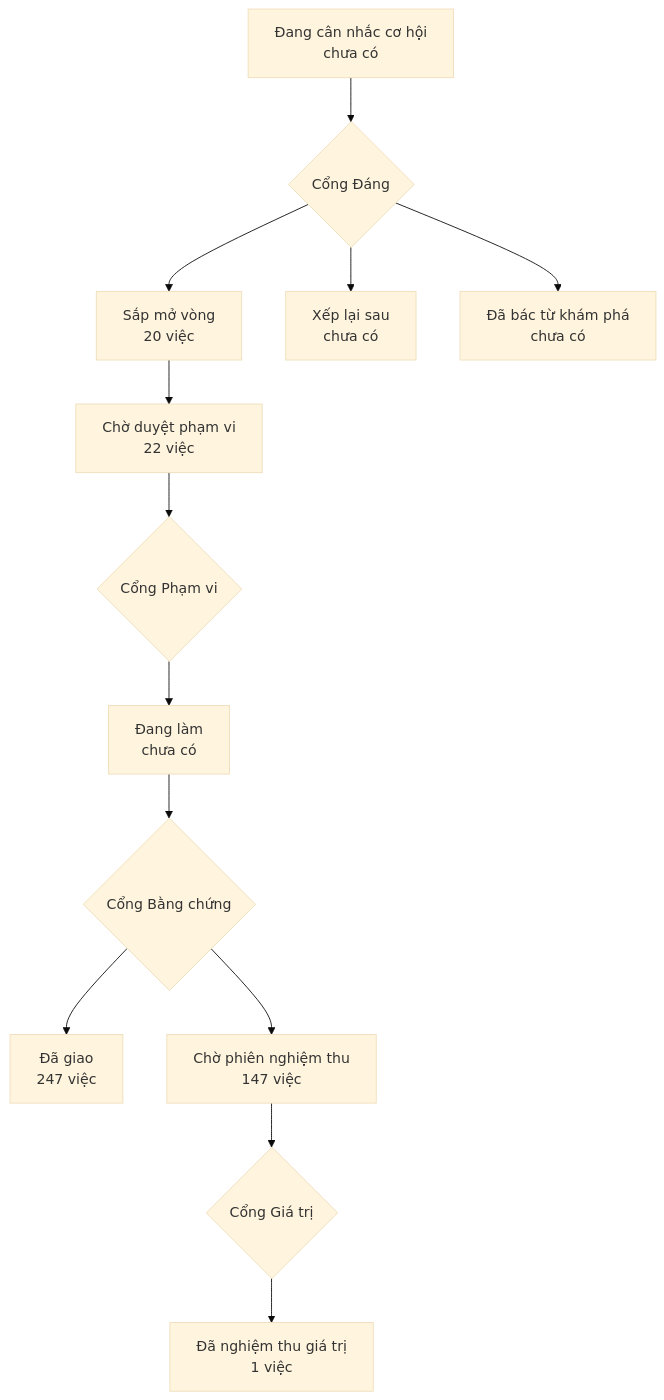
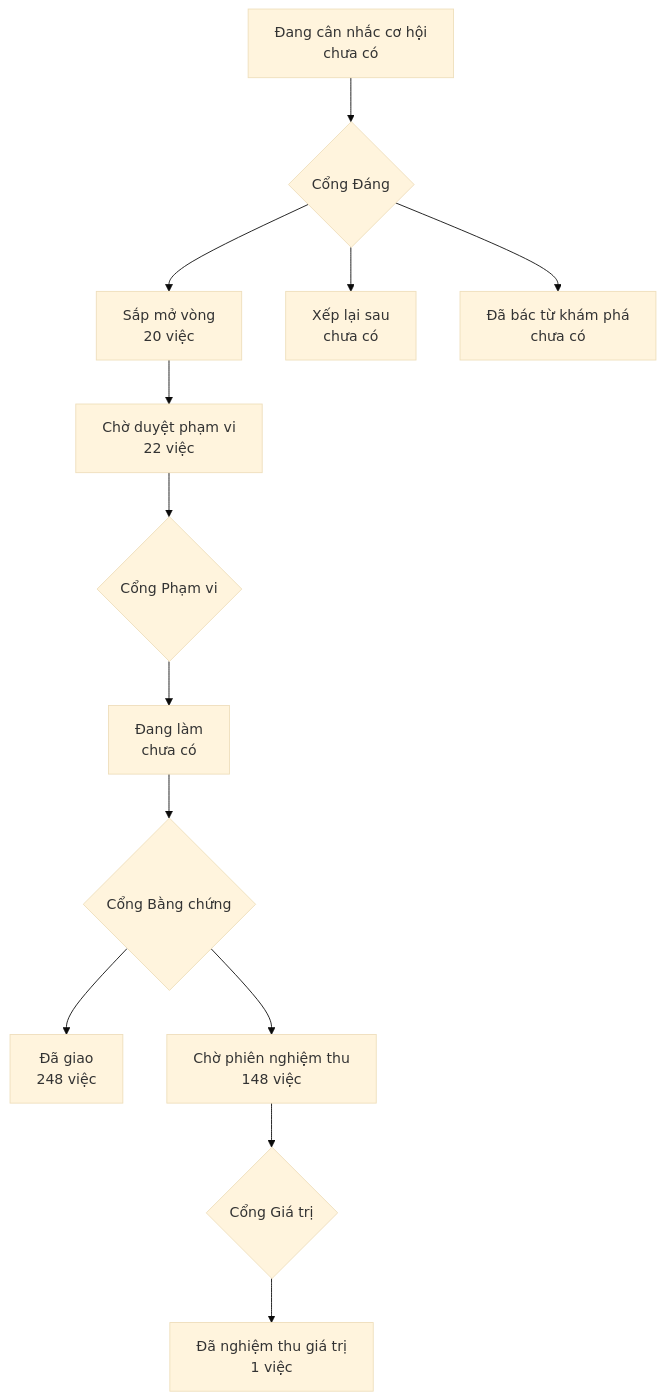
The diagram in PRODUCT-MAP.md (phanlemanh/onehub-invest), drawn with Mermaid (base theme) before and after one commit. The commit also changed other lines of this file and 1 other file, not shown here.

Commit message:
chore(map): vẽ lại bản đồ sau khi gộp main (ZC23)

````diff
--- a/PRODUCT-MAP.md
+++ b/PRODUCT-MAP.md
@@ -7,12 +7,12 @@
 ```mermaid
 flowchart TD
   A["Đang cân nhắc cơ hội<br/>chưa có"] --> GD{"Cổng Đáng"}
   GD --> B["Sắp mở vòng<br/>20 việc"]
   GD --> XL["Xếp lại sau<br/>chưa có"]
   GD --> DB["Đã bác từ khám phá<br/>chưa có"]
   B --> CD["Chờ duyệt phạm vi<br/>22 việc"] --> GP{"Cổng Phạm vi"}
   GP --> DL["Đang làm<br/>chưa có"] --> GB{"Cổng Bằng chứng"}
-  GB --> DG["Đã giao<br/>247 việc"]
-  GB --> CN["Chờ phiên nghiệm thu<br/>147 việc"] --> GG{"Cổng Giá trị"}
+  GB --> DG["Đã giao<br/>248 việc"]
+  GB --> CN["Chờ phiên nghiệm thu<br/>148 việc"] --> GG{"Cổng Giá trị"}
   GG --> NT["Đã nghiệm thu giá trị<br/>1 việc"]
 ```
````
